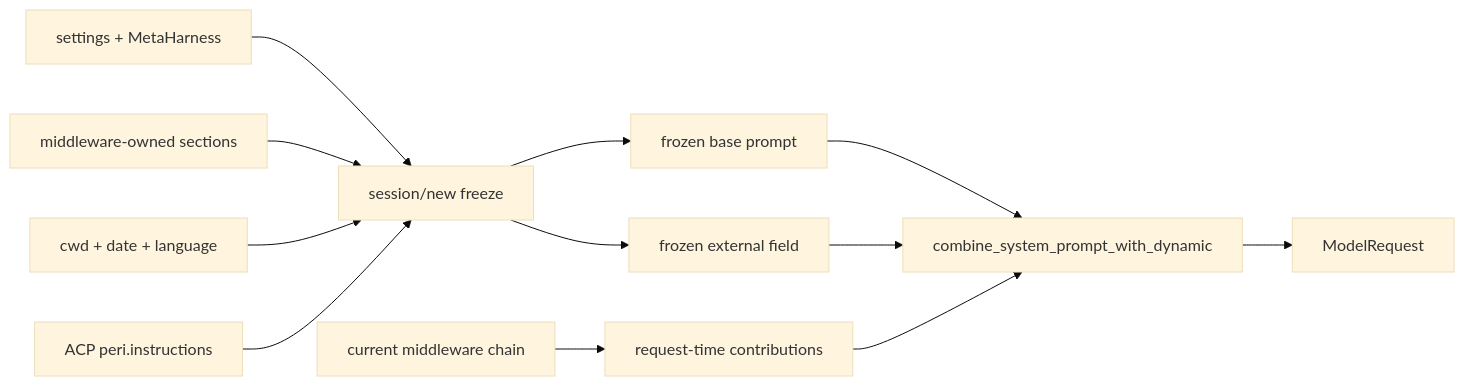
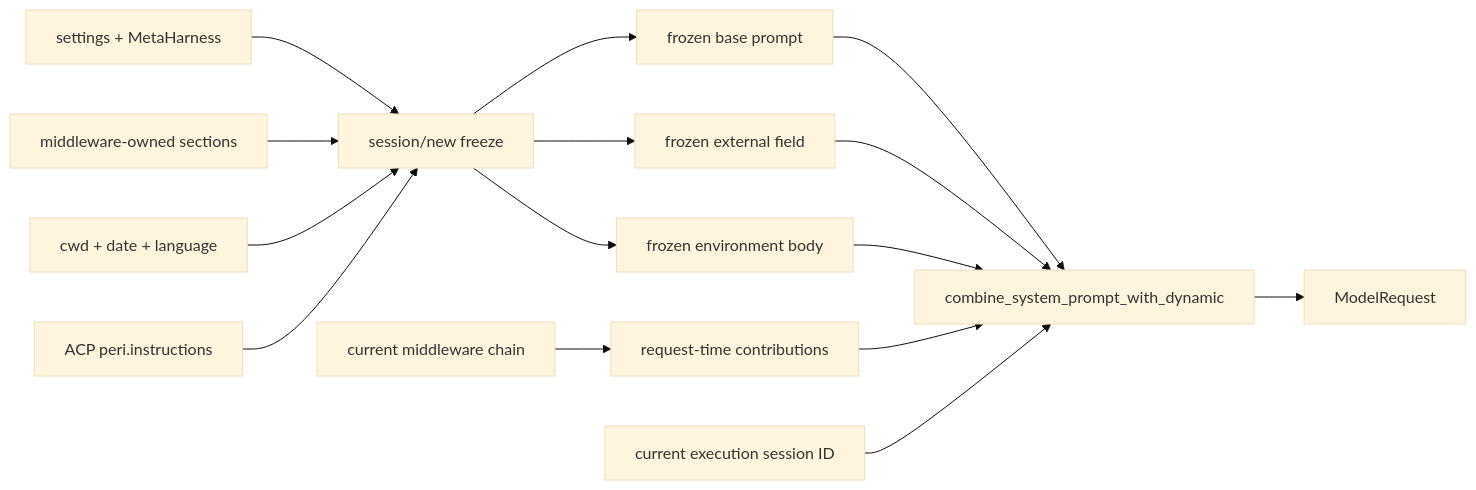
Before and after one commit to KonghaYao/peri: the diagram in docs/design/system-prompt.md, drawn with Mermaid (base theme). The commit also changed other lines of this file and 31 other files, not shown here.

Commit message:
fix(prompt): append frozen environment with current session identity

````diff
--- a/docs/design/system-prompt.md
+++ b/docs/design/system-prompt.md
@@ -52,14 +52,17 @@
 ```mermaid
 flowchart LR
     CFG[settings + MetaHarness] --> FREEZE[session/new freeze]
     SECTIONS[middleware-owned sections] --> FREEZE
     ENV[cwd + date + language] --> FREEZE
     FREEZE --> BASE[frozen base prompt]
     EXT[ACP peri.instructions] --> FREEZE
     FREEZE --> EXTERNAL[frozen external field]
     CHAIN[current middleware chain] --> CONTRIB[request-time contributions]
     BASE --> COMBINE[combine_system_prompt_with_dynamic]
     EXTERNAL --> COMBINE
     CONTRIB --> COMBINE
+    FREEZE --> ENV_BODY[frozen environment body]
+    ENV_BODY --> COMBINE
+    SESSION_ID[current execution session ID] --> COMBINE
     COMBINE --> REQUEST[ModelRequest]
 ```
````
